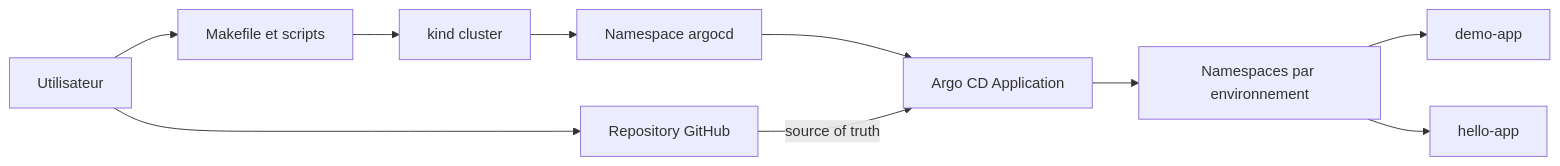
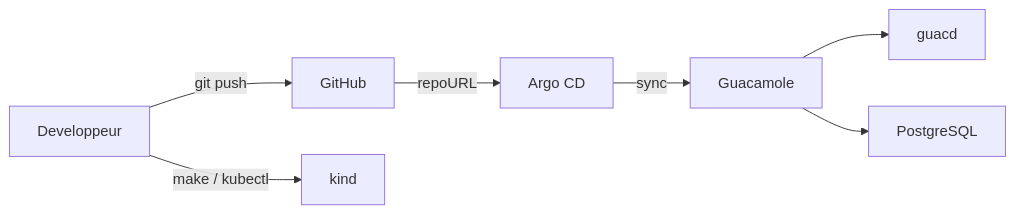
Before and after one commit to RobinThiriet/ArgoCD: the first of 2 diagrams in README.md, drawn with Mermaid. The commit also changed other lines of this file and 40 other files, not shown here.

````diff
--- a/README.md
+++ b/README.md
@@ -57,12 +47,9 @@
 ```mermaid
 flowchart LR
-    U[Utilisateur] --> G[Repository GitHub]
-    U --> M[Makefile et scripts]
-    M --> K[kind cluster]
-    K --> A[Namespace argocd]
-    A --> AC[Argo CD Application]
-    AC --> D[Namespaces par environnement]
-    G -->|source of truth| AC
-    D --> APP[demo-app]
-    D --> HELLO[hello-app]
+    Dev[Developpeur] -->|git push| GitHub[GitHub]
+    Dev -->|make / kubectl| Kind[kind]
+    GitHub -->|repoURL| ArgoCD[Argo CD]
+    ArgoCD -->|sync| Guacamole[Guacamole]
+    Guacamole --> Guacd[guacd]
+    Guacamole --> PostgreSQL[PostgreSQL]
 ```
````
